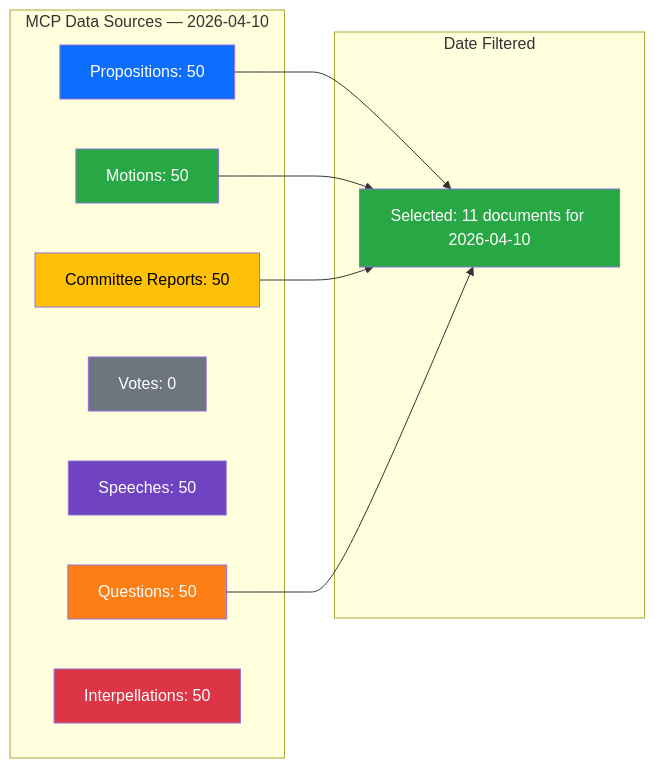
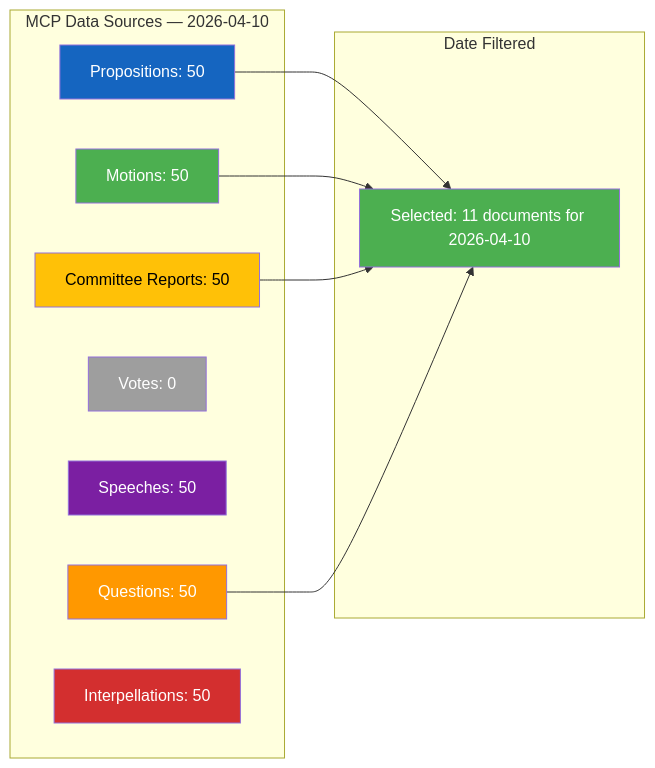
Before and after one commit to Hack23/riksdagsmonitor: the diagram in analysis/daily/2026-04-10/realtime-1424/data-download-manifest.md, drawn with Mermaid. The commit also changed 785 other files, not shown here.

First line of the commit message:
Normalize mermaid colors across 786 analysis artifacts to ISMS Style Guide palette

````diff
--- a/analysis/daily/2026-04-10/realtime-1424/data-download-manifest.md
+++ b/analysis/daily/2026-04-10/realtime-1424/data-download-manifest.md
@@ -19,27 +19,27 @@
 ```mermaid
 graph LR
     subgraph "MCP Data Sources — 2026-04-10"
         PROP["Propositions: 50"]
         MOT["Motions: 50"]
         BET["Committee Reports: 50"]
         VOT["Votes: 0"]
         ANF["Speeches: 50"]
         FRG["Questions: 50"]
         INT["Interpellations: 50"]
     end
     subgraph "Date Filtered"
         SEL["Selected: 11 documents for 2026-04-10"]
     end
     PROP --> SEL
     MOT --> SEL
     BET --> SEL
     FRG --> SEL
-    style PROP fill:#0d6efd,color:#fff
-    style MOT fill:#28a745,color:#fff
-    style BET fill:#ffc107,color:#000
-    style VOT fill:#6c757d,color:#fff
-    style ANF fill:#6f42c1,color:#fff
-    style FRG fill:#fd7e14,color:#fff
-    style INT fill:#dc3545,color:#fff
-    style SEL fill:#28a745,color:#fff
+    style PROP fill:#1565C0,color:#FFFFFF
+    style MOT fill:#4CAF50,color:#FFFFFF
+    style BET fill:#FFC107,color:#000000
+    style VOT fill:#9E9E9E,color:#FFFFFF
+    style ANF fill:#7B1FA2,color:#FFFFFF
+    style FRG fill:#FF9800,color:#FFFFFF
+    style INT fill:#D32F2F,color:#FFFFFF
+    style SEL fill:#4CAF50,color:#FFFFFF
 ```
````
